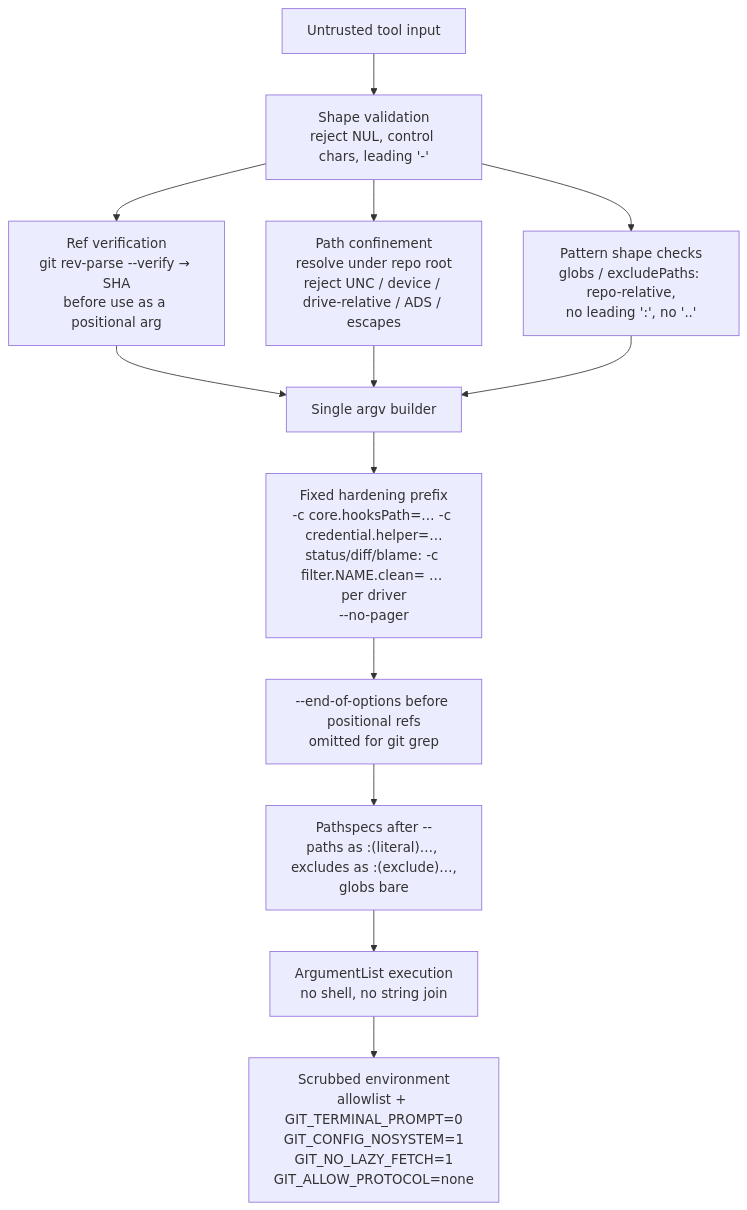
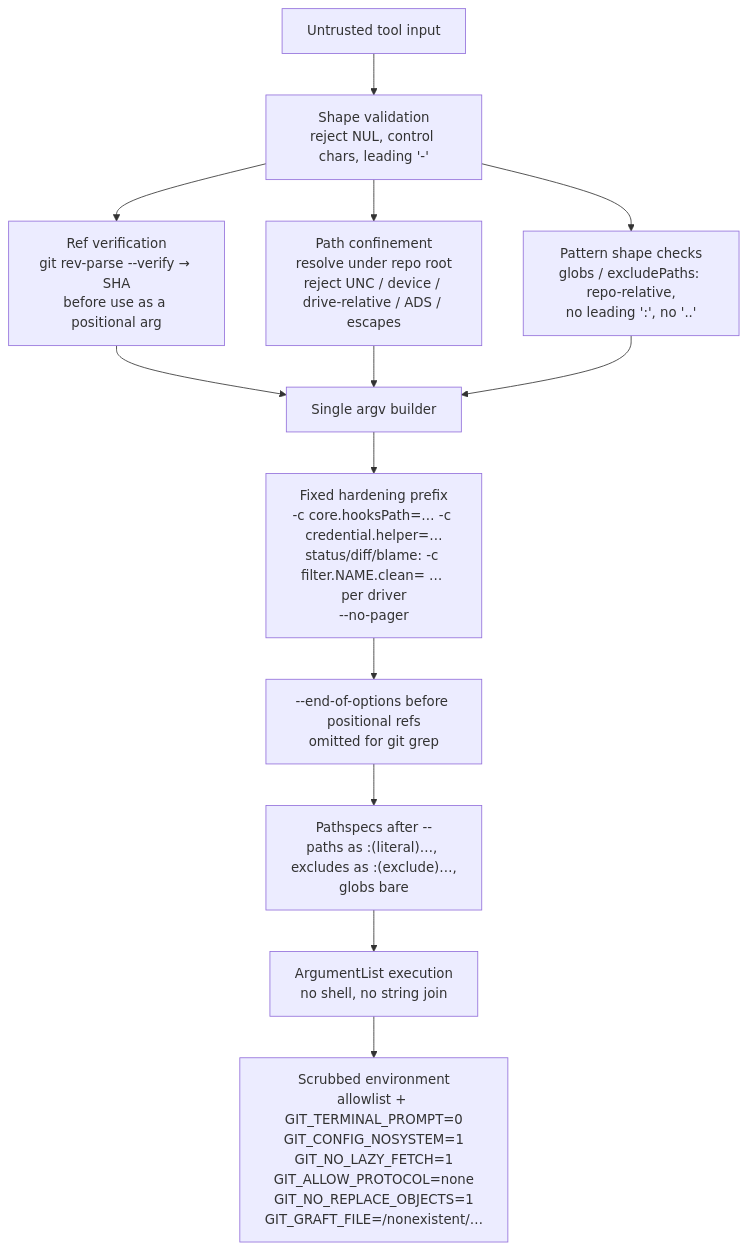
Before and after one commit to brenordv/mcp-toolset: diagram 14 of 14 in src/RaccoonNinja.McpToolset.Server.GitOps/README.md, drawn with Mermaid. The commit also changed other lines of this file and 24 other files, not shown here.

````diff
--- a/src/RaccoonNinja.McpToolset.Server.GitOps/README.md
+++ b/src/RaccoonNinja.McpToolset.Server.GitOps/README.md
@@ -588,15 +607,15 @@
 ```mermaid
 flowchart TD
     A[Untrusted tool input] --> B[Shape validation<br/>reject NUL, control chars, leading '-']
     B --> C[Ref verification<br/>git rev-parse --verify → SHA<br/>before use as a positional arg]
     B --> D[Path confinement<br/>resolve under repo root<br/>reject UNC / device / drive-relative / ADS / escapes]
     B --> P["Pattern shape checks<br/>globs / excludePaths: repo-relative,<br/>no leading ':', no '..'"]
     C --> E[Single argv builder]
     D --> E
     P --> E
     E --> F[Fixed hardening prefix<br/>-c core.hooksPath=… -c credential.helper=…<br/>status/diff/blame: -c filter.NAME.clean= … per driver<br/>--no-pager]
     F --> G[--end-of-options before positional refs<br/>omitted for git grep]
     G --> S["Pathspecs after --<br/>paths as :(literal)…, excludes as :(exclude)…,<br/>globs bare"]
     S --> H[ArgumentList execution<br/>no shell, no string join]
-    H --> I[Scrubbed environment<br/>allowlist + GIT_TERMINAL_PROMPT=0<br/>GIT_CONFIG_NOSYSTEM=1<br/>GIT_NO_LAZY_FETCH=1<br/>GIT_ALLOW_PROTOCOL=none]
+    H --> I[Scrubbed environment<br/>allowlist + GIT_TERMINAL_PROMPT=0<br/>GIT_CONFIG_NOSYSTEM=1<br/>GIT_NO_LAZY_FETCH=1<br/>GIT_ALLOW_PROTOCOL=none<br/>GIT_NO_REPLACE_OBJECTS=1<br/>GIT_GRAFT_FILE=/nonexistent/…]
 ```
````
